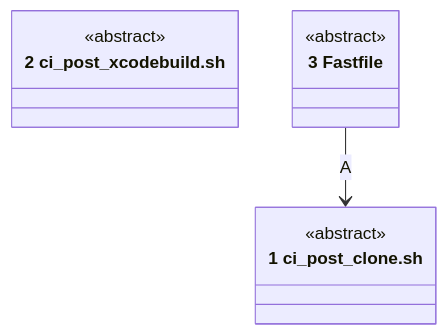
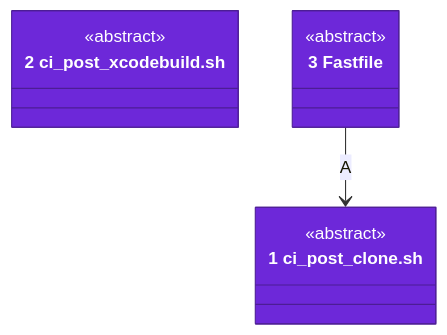
The first of 2 diagrams in docs/architecture/04-code.md (may-journal/xcode-tooling), drawn with Mermaid before and after one commit. The commit also changed other lines of this file and 5 other files, not shown here.

First line of the commit message:
docs(architecture): bring the views to the per-level form and palette (#7)

````diff
--- a/docs/architecture/04-code.md
+++ b/docs/architecture/04-code.md
@@ -7,11 +7,15 @@
 ```mermaid
 classDiagram
     class postClone["1 ci_post_clone.sh"]
     <<abstract>> postClone
     class postBuild["2 ci_post_xcodebuild.sh"]
     <<abstract>> postBuild
     class lanes["3 Fastfile"]
     <<abstract>> lanes
 
     lanes --> postClone : A
+
+    style postClone fill:#6d28d9,stroke:#4c1d95,color:#ffffff
+    style postBuild fill:#6d28d9,stroke:#4c1d95,color:#ffffff
+    style lanes fill:#6d28d9,stroke:#4c1d95,color:#ffffff
 ```
````
